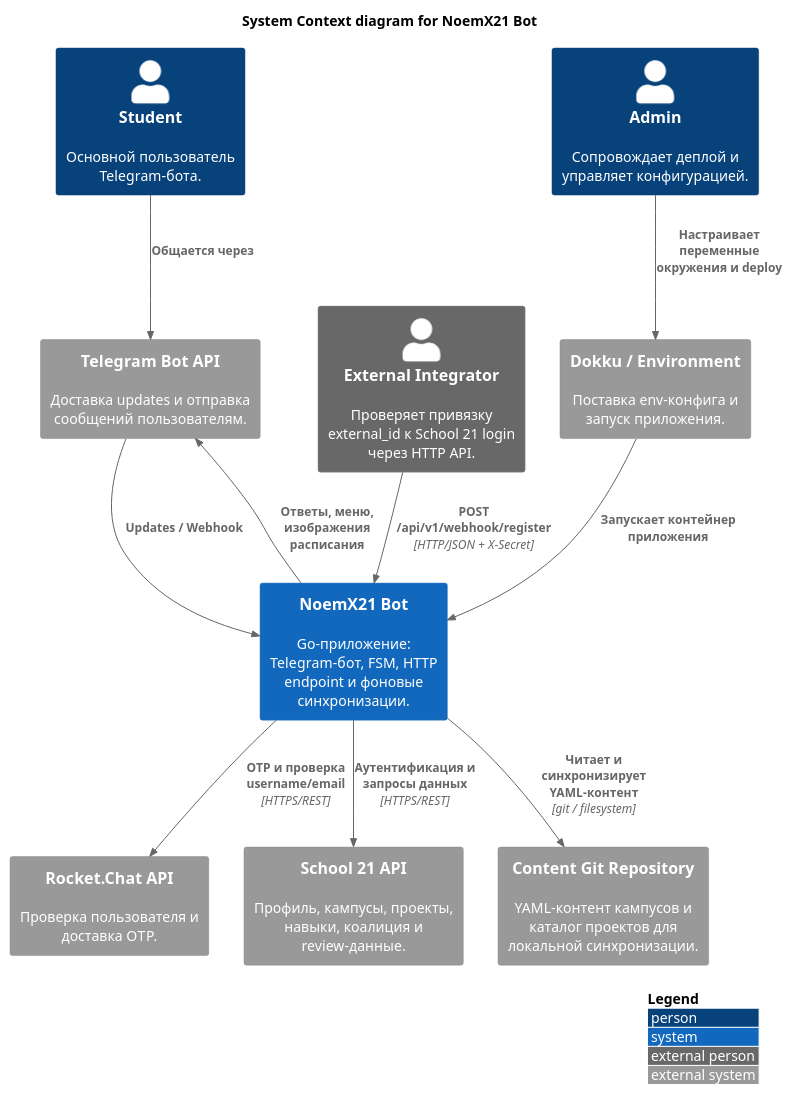
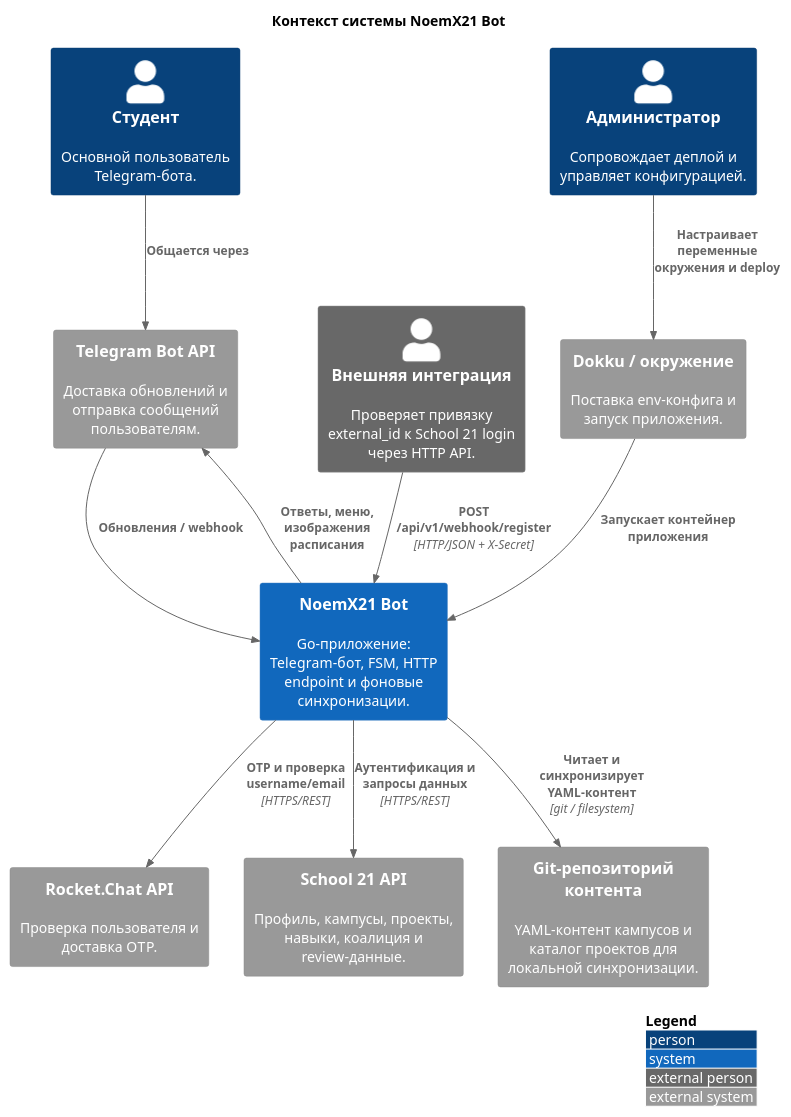
One commit to vgy789/NoemX21-bot changed the diagram in docs/c4/c4_context.puml. Above: the diagram before and after it, drawn with PlantUML. The commit also changed 21 other files, not shown here.

Commit message:
feat(docs): добавлены README.md, файлы документации, генерация изображений с4 диаграмм

```diff
--- a/docs/c4/c4_context.puml
+++ b/docs/c4/c4_context.puml
@@ -1,32 +1,32 @@
-@startuml C4_Elements
+@startuml
 !include https://raw.githubusercontent.com/plantuml-stdlib/C4-PlantUML/master/C4_Context.puml
 
 LAYOUT_WITH_LEGEND()
 
-title System Context diagram for NoemX21 Bot
+title Контекст системы NoemX21 Bot
 
-Person(student, "Student", "Основной пользователь Telegram-бота.")
-Person(admin, "Admin", "Сопровождает деплой и управляет конфигурацией.")
-Person_Ext(integrator, "External Integrator", "Проверяет привязку external_id к School 21 login через HTTP API.")
+Person(student, "Студент", "Основной пользователь Telegram-бота.")
+Person(admin, "Администратор", "Сопровождает деплой и управляет конфигурацией.")
+Person_Ext(integrator, "Внешняя интеграция", "Проверяет привязку external_id к School 21 login через HTTP API.")
 
 System(bot_system, "NoemX21 Bot", "Go-приложение: Telegram-бот, FSM, HTTP endpoint и фоновые синхронизации.")
 
-System_Ext(telegram, "Telegram Bot API", "Доставка updates и отправка сообщений пользователям.")
+System_Ext(telegram, "Telegram Bot API", "Доставка обновлений и отправка сообщений пользователям.")
 System_Ext(rocket, "Rocket.Chat API", "Проверка пользователя и доставка OTP.")
 System_Ext(s21, "School 21 API", "Профиль, кампусы, проекты, навыки, коалиция и review-данные.")
-System_Ext(git_repo, "Content Git Repository", "YAML-контент кампусов и каталог проектов для локальной синхронизации.")
-System_Ext(dokku, "Dokku / Environment", "Поставка env-конфига и запуск приложения.")
+System_Ext(git_repo, "Git-репозиторий контента", "YAML-контент кампусов и каталог проектов для локальной синхронизации.")
+System_Ext(dokku, "Dokku / окружение", "Поставка env-конфига и запуск приложения.")
 
 Rel(student, telegram, "Общается через")
-Rel(telegram, bot_system, "Updates / Webhook")
+Rel(telegram, bot_system, "Обновления / webhook")
 Rel(bot_system, telegram, "Ответы, меню, изображения расписания")
 
 Rel(bot_system, rocket, "OTP и проверка username/email", "HTTPS/REST")
 Rel(bot_system, s21, "Аутентификация и запросы данных", "HTTPS/REST")
 Rel(bot_system, git_repo, "Читает и синхронизирует YAML-контент", "git / filesystem")
 
 Rel(integrator, bot_system, "POST /api/v1/webhook/register", "HTTP/JSON + X-Secret")
 Rel(admin, dokku, "Настраивает переменные окружения и deploy")
 Rel(dokku, bot_system, "Запускает контейнер приложения")
 
 @enduml
```
